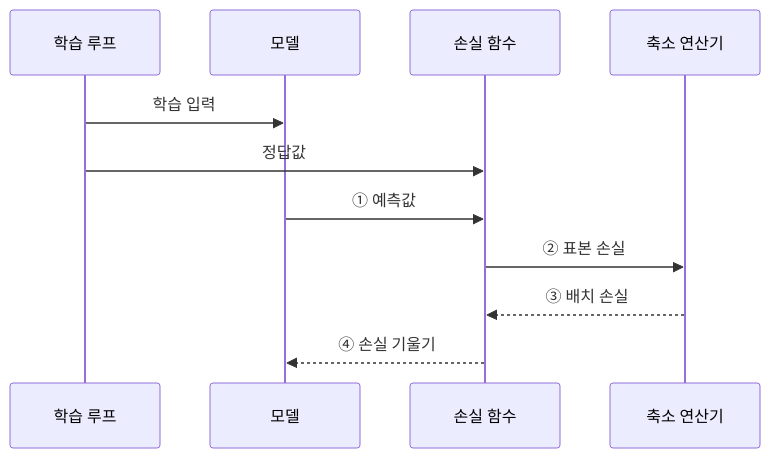
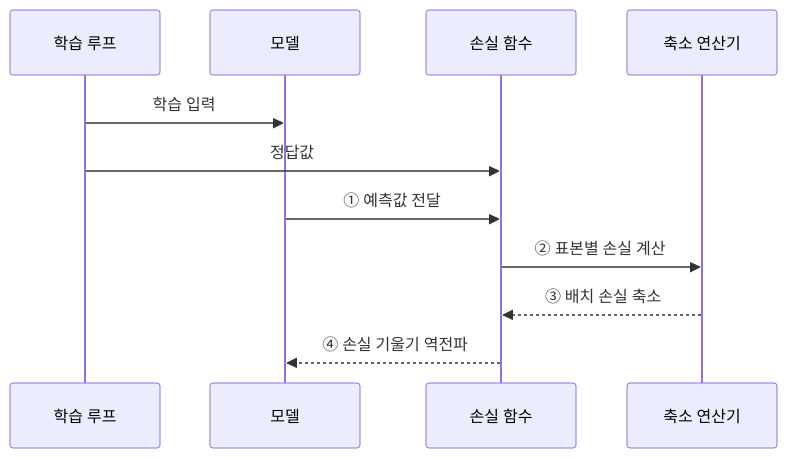
Before and after one commit to agnusdei1207/knowledge-base: the third of 3 diagrams in src/content/docs/notes/01-basic-theory/042_loss_functions.md, drawn with Mermaid. The commit also changed other lines of this file and 19 other files, not shown here.

````diff
--- a/src/content/docs/notes/01-basic-theory/042_loss_functions.md
+++ b/src/content/docs/notes/01-basic-theory/042_loss_functions.md
@@ -95,13 +99,13 @@
 ```mermaid
 sequenceDiagram
     participant T as 학습 루프
     participant M as 모델
     participant L as 손실 함수
     participant R as 축소 연산기
     T->>M: 학습 입력
     T->>L: 정답값
-    M->>L: ① 예측값
-    L->>R: ② 표본 손실
-    R-->>L: ③ 배치 손실
-    L-->>M: ④ 손실 기울기
+    M->>L: ① 예측값 전달
+    L->>R: ② 표본별 손실 계산
+    R-->>L: ③ 배치 손실 축소
+    L-->>M: ④ 손실 기울기 역전파
 ```
````
